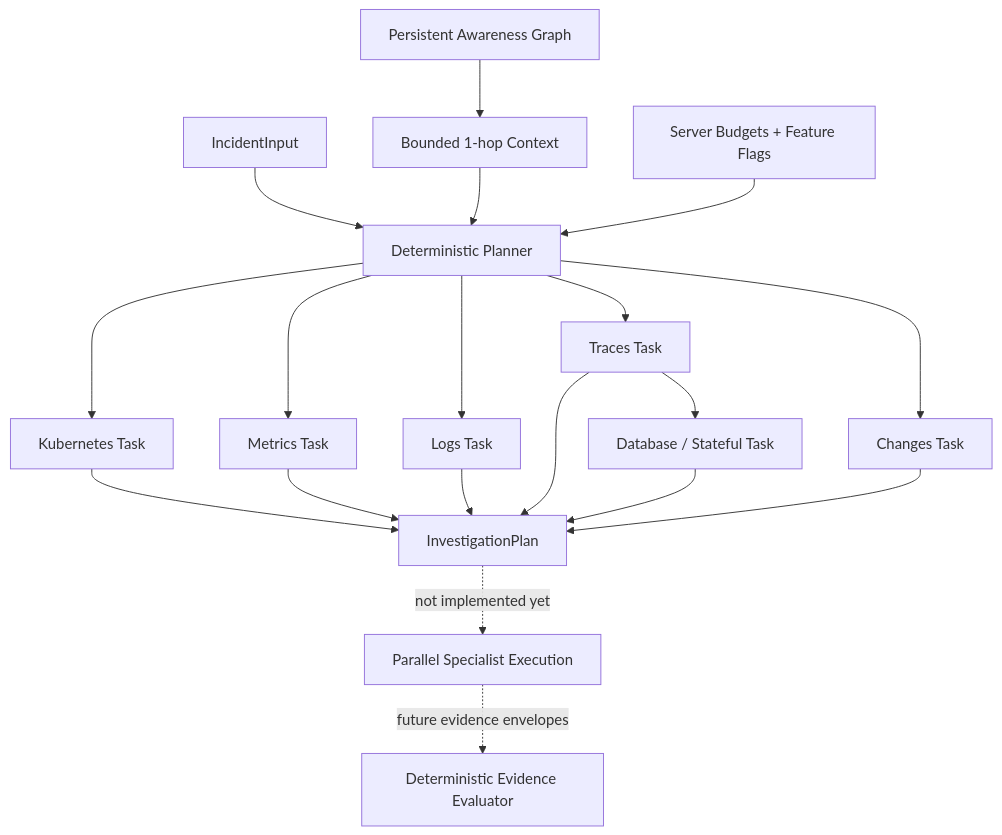
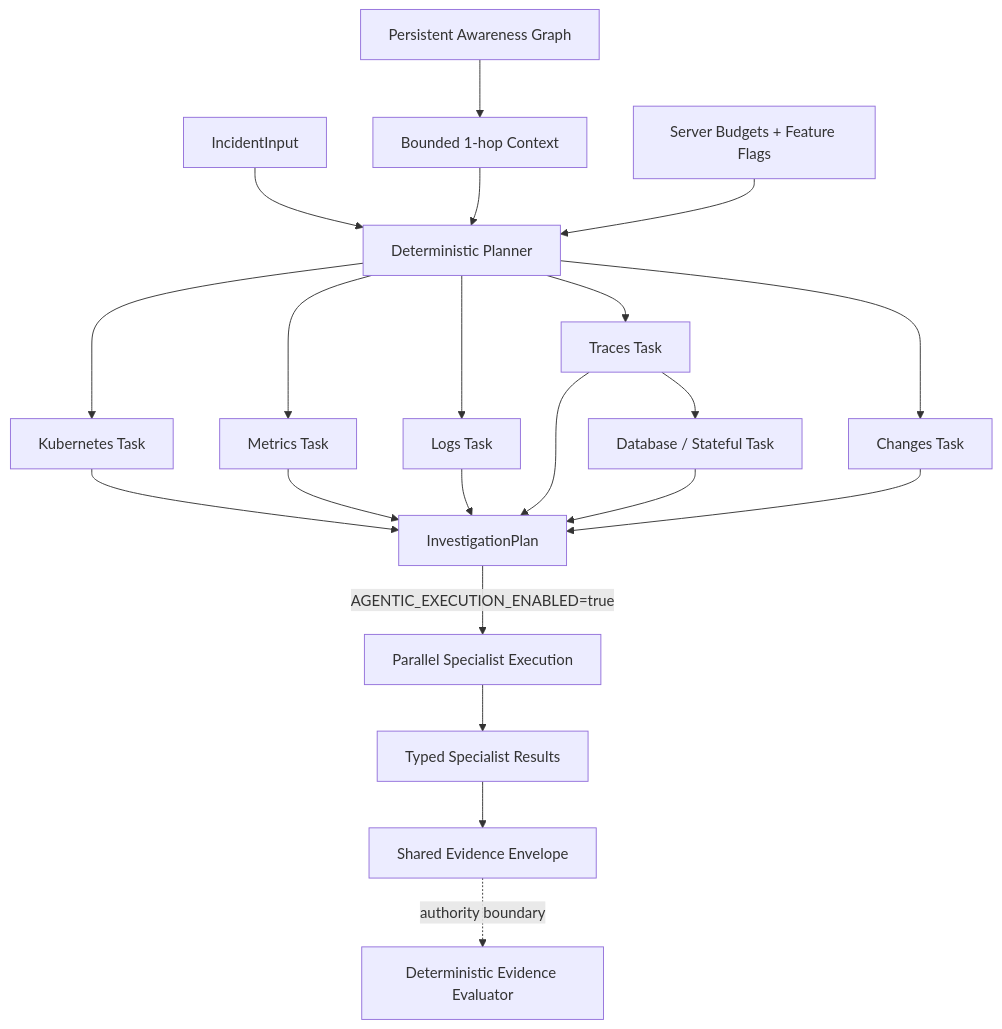
One commit to marcocristofolini/ai-sre-rca changed diagram 18 of 18 in docs/architecture.md. Above: the diagram before and after it, drawn with Mermaid. The commit also changed other lines of this file and 19 other files, not shown here.

Commit message:
feat: add opt-in parallel specialist execution

````diff
--- a/docs/architecture.md
+++ b/docs/architecture.md
@@ -422,24 +422,26 @@
 ```mermaid
 flowchart TD
     INC[IncidentInput] --> PLAN[Deterministic Planner]
     PAG[Persistent Awareness Graph] --> CTX[Bounded 1-hop Context]
     CTX --> PLAN
     CFG[Server Budgets + Feature Flags] --> PLAN
 
     PLAN --> K[Kubernetes Task]
     PLAN --> M[Metrics Task]
     PLAN --> L[Logs Task]
     PLAN --> T[Traces Task]
     T --> DB[Database / Stateful Task]
     PLAN --> CH[Changes Task]
 
     K --> IP[InvestigationPlan]
     M --> IP
     L --> IP
     T --> IP
     DB --> IP
     CH --> IP
 
-    IP -. not implemented yet .-> ORCH[Parallel Specialist Execution]
-    ORCH -. future evidence envelopes .-> EV[Deterministic Evidence Evaluator]
+    IP -->|AGENTIC_EXECUTION_ENABLED=true| ORCH[Parallel Specialist Execution]
+    ORCH --> SR[Typed Specialist Results]
+    SR --> ENV[Shared Evidence Envelope]
+    ENV -. authority boundary .-> EV[Deterministic Evidence Evaluator]
 ```
````
